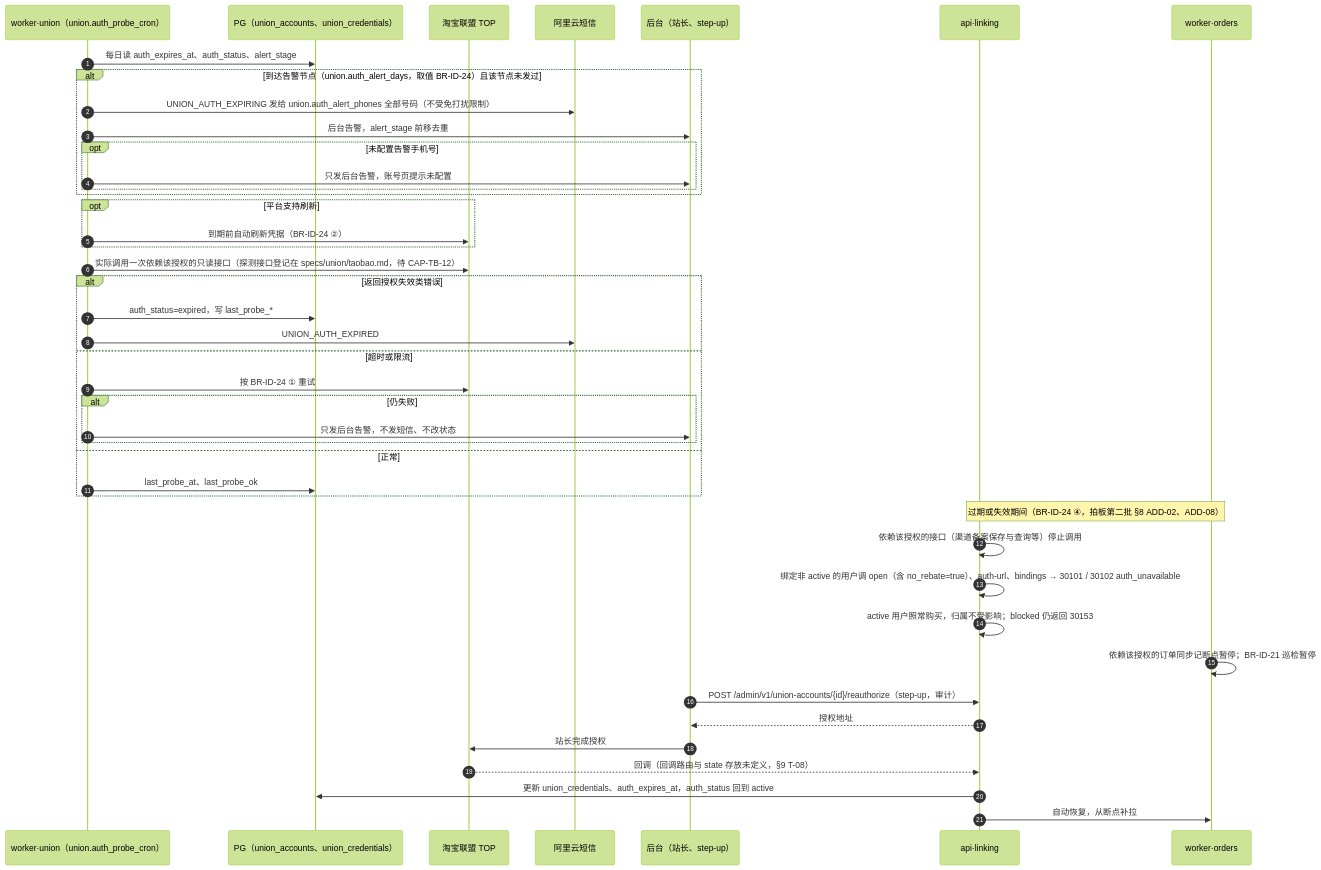
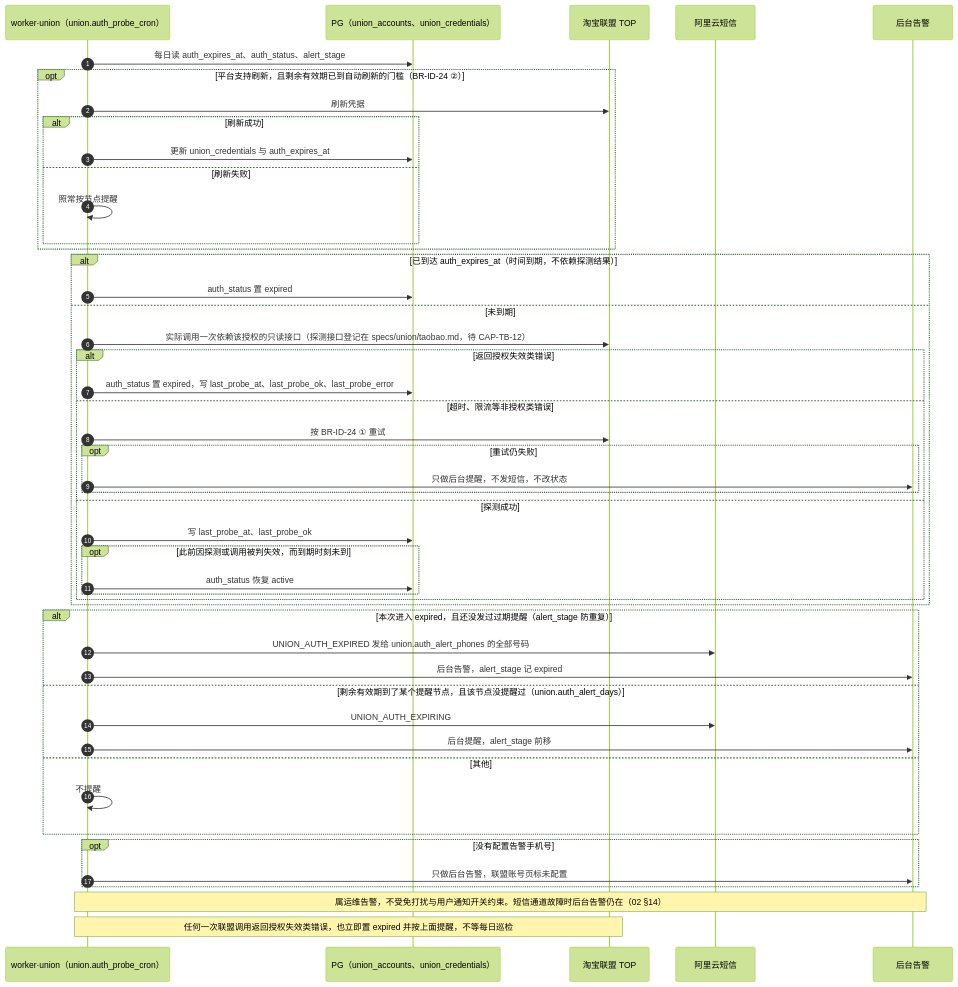
Before and after one commit to zora4523-bot/couli: diagram 35 of 37 in 规划/12_关键流程与状态图.md, drawn with Mermaid (forest theme). The commit also changed other lines of this file, not shown here.

Commit message:
docs(12): station-owner auth daily probe diagram separates time expiry from probe failure
Codex round 1 #24 (S1). New 7.2: reaching auth_expires_at sets expired
without depending on the probe; a probe that returns an auth error before
the expiry time also sets expired; a successful probe restores active when
the account was marked expired by a probe or call and the expiry time has
not been reached; the expired alert is sent once (alert_stage). The expired
period and re-authorization follow in the next diagram.

````diff
--- a/规划/12_关键流程与状态图.md
+++ b/规划/12_关键流程与状态图.md
@@ -2103,46 +2105,51 @@
 ```mermaid
 sequenceDiagram
   autonumber
   participant CR as worker·union（union.auth_probe_cron）
   participant DB as PG（union_accounts、union_credentials）
   participant TB as 淘宝联盟 TOP
   participant SMS as 阿里云短信
-  participant ADM as 后台（站长、step-up）
-  participant A as api·linking
-  participant W as worker·orders
+  participant ADM as 后台告警
 
   CR->>DB: 每日读 auth_expires_at、auth_status、alert_stage
-  alt 到达告警节点（union.auth_alert_days，取值 BR-ID-24）且该节点未发过
-    CR->>SMS: UNION_AUTH_EXPIRING 发给 union.auth_alert_phones 全部号码（不受免打扰限制）
-    CR->>ADM: 后台告警，alert_stage 前移去重
-    opt 未配置告警手机号
-      CR->>ADM: 只发后台告警，账号页提示未配置
+  opt 平台支持刷新，且剩余有效期已到自动刷新的门槛（BR-ID-24 ②）
+    CR->>TB: 刷新凭据
+    alt 刷新成功
+      CR->>DB: 更新 union_credentials 与 auth_expires_at
+    else 刷新失败
+      CR->>CR: 照常按节点提醒
     end
   end
-  opt 平台支持刷新
-    CR->>TB: 到期前自动刷新凭据（BR-ID-24 ②）
+  alt 已到达 auth_expires_at（时间到期，不依赖探测结果）
+    CR->>DB: auth_status 置 expired
+  else 未到期
+    CR->>TB: 实际调用一次依赖该授权的只读接口（探测接口登记在 specs/union/taobao.md，待 CAP-TB-12）
+    alt 返回授权失效类错误
+      CR->>DB: auth_status 置 expired，写 last_probe_at、last_probe_ok、last_probe_error
+    else 超时、限流等非授权类错误
+      CR->>TB: 按 BR-ID-24 ① 重试
+      opt 重试仍失败
+        CR->>ADM: 只做后台提醒，不发短信，不改状态
+      end
+    else 探测成功
+      CR->>DB: 写 last_probe_at、last_probe_ok
+      opt 此前因探测或调用被判失效，而到期时刻未到
+        CR->>DB: auth_status 恢复 active
+      end
+    end
   end
-  CR->>TB: 实际调用一次依赖该授权的只读接口（探测接口登记在 specs/union/taobao.md，待 CAP-TB-12）
-  alt 返回授权失效类错误
-    CR->>DB: auth_status=expired，写 last_probe_*
-    CR->>SMS: UNION_AUTH_EXPIRED
-  else 超时或限流
-    CR->>TB: 按 BR-ID-24 ① 重试
-    alt 仍失败
-      CR->>ADM: 只发后台告警，不发短信、不改状态
-    end
-  else 正常
-    CR->>DB: last_probe_at、last_probe_ok
+  alt 本次进入 expired，且还没发过过期提醒（alert_stage 防重复）
+    CR->>SMS: UNION_AUTH_EXPIRED 发给 union.auth_alert_phones 的全部号码
+    CR->>ADM: 后台告警，alert_stage 记 expired
+  else 剩余有效期到了某个提醒节点，且该节点没提醒过（union.auth_alert_days）
+    CR->>SMS: UNION_AUTH_EXPIRING
+    CR->>ADM: 后台提醒，alert_stage 前移
+  else 其他
+    CR->>CR: 不提醒
   end
-  Note over A,W: 过期或失效期间（BR-ID-24 ④，拍板第二批 §8 ADD-02、ADD-08）
-  A->>A: 依赖该授权的接口（渠道备案保存与查询等）停止调用
-  A->>A: 绑定非 active 的用户调 open（含 no_rebate=true）、auth-url、bindings → 30101 / 30102 auth_unavailable
-  A->>A: active 用户照常购买，归属不受影响；blocked 仍返回 30153
-  W->>W: 依赖该授权的订单同步记断点暂停；BR-ID-21 巡检暂停
-  ADM->>A: POST /admin/v1/union-accounts/{id}/reauthorize（step-up，审计）
-  A-->>ADM: 授权地址
-  ADM->>TB: 站长完成授权
-  TB-->>A: 回调（回调路由与 state 存放未定义，§9 T-08）
-  A->>DB: 更新 union_credentials、auth_expires_at，auth_status 回到 active
-  A->>W: 自动恢复，从断点补拉
+  opt 没有配置告警手机号
+    CR->>ADM: 只做后台告警，联盟账号页标未配置
+  end
+  Note over CR,ADM: 属运维告警，不受免打扰与用户通知开关约束。短信通道故障时后台告警仍在（02 §14）
+  Note over CR,TB: 任何一次联盟调用返回授权失效类错误，也立即置 expired 并按上面提醒，不等每日巡检
 ```
````
